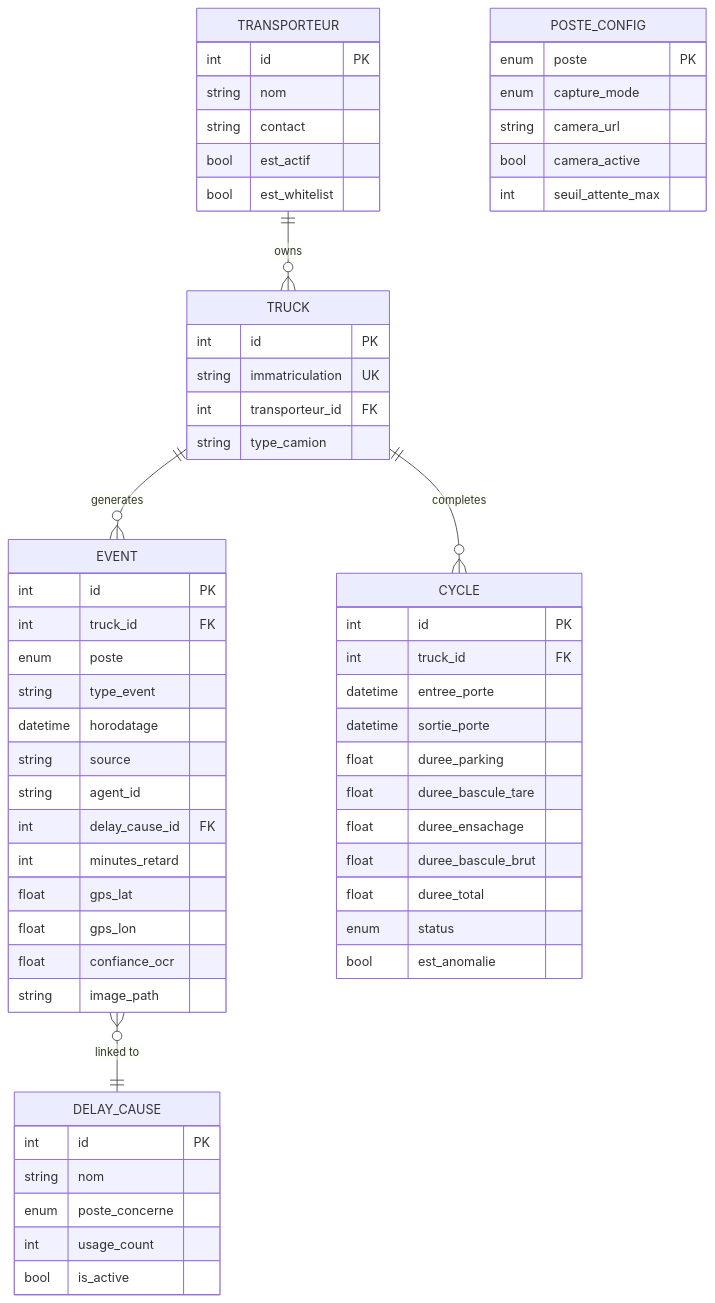
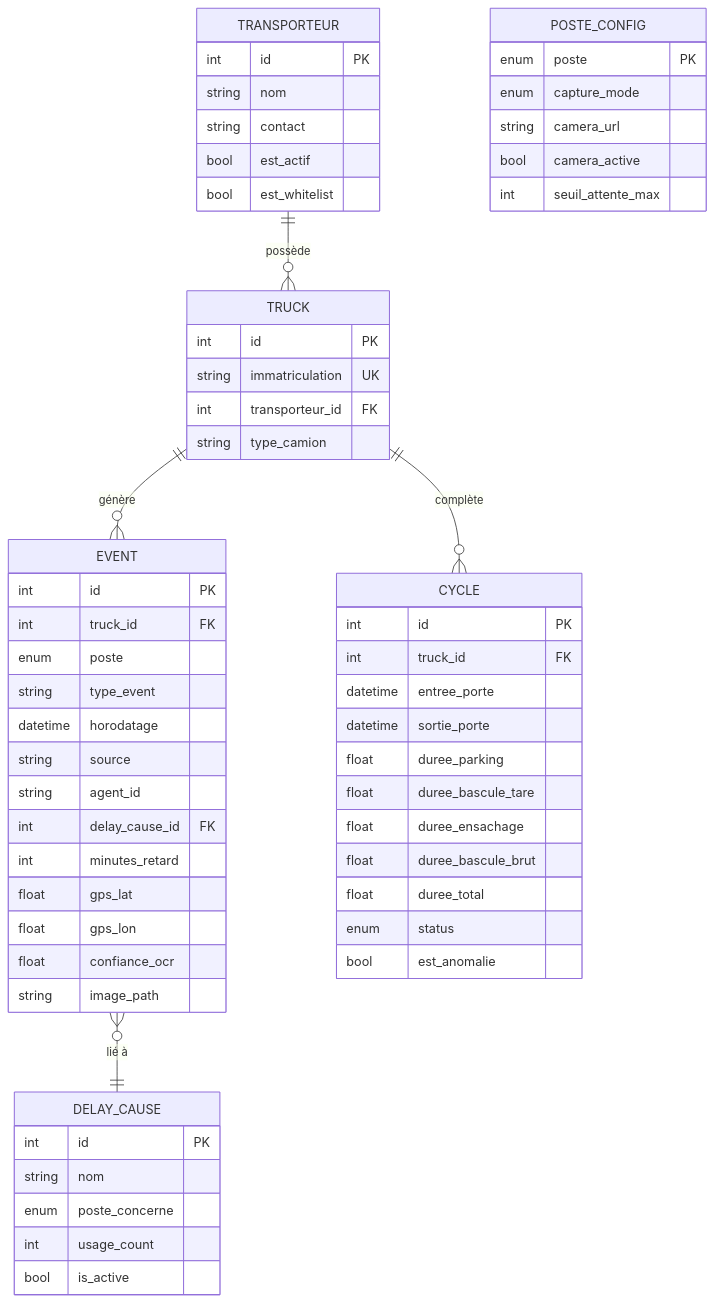
Before and after one commit to samya818/smart-plant-truck-tracker: the fourth of 4 diagrams in README.md, drawn with Mermaid. The commit also changed other lines of this file, not shown here.

````diff
--- a/README.md
+++ b/README.md
@@ -174,68 +281,68 @@
 ```mermaid
 erDiagram
     TRANSPORTEUR {
         int id PK
         string nom
         string contact
         bool est_actif
         bool est_whitelist
     }
 
     TRUCK {
         int id PK
         string immatriculation UK
         int transporteur_id FK
         string type_camion
     }
 
     EVENT {
         int id PK
         int truck_id FK
         enum poste
         string type_event
         datetime horodatage
         string source
         string agent_id
         int delay_cause_id FK
         int minutes_retard
         float gps_lat
         float gps_lon
         float confiance_ocr
         string image_path
     }
 
     CYCLE {
         int id PK
         int truck_id FK
         datetime entree_porte
         datetime sortie_porte
         float duree_parking
         float duree_bascule_tare
         float duree_ensachage
         float duree_bascule_brut
         float duree_total
         enum status
         bool est_anomalie
     }
 
     DELAY_CAUSE {
         int id PK
         string nom
         enum poste_concerne
         int usage_count
         bool is_active
     }
 
     POSTE_CONFIG {
         enum poste PK
         enum capture_mode
         string camera_url
         bool camera_active
         int seuil_attente_max
     }
 
-    TRANSPORTEUR ||--o{ TRUCK : "owns"
-    TRUCK ||--o{ EVENT : "generates"
-    TRUCK ||--o{ CYCLE : "completes"
-    EVENT }o--|| DELAY_CAUSE : "linked to"
+    TRANSPORTEUR ||--o{ TRUCK : "possède"
+    TRUCK ||--o{ EVENT : "génère"
+    TRUCK ||--o{ CYCLE : "complète"
+    EVENT }o--|| DELAY_CAUSE : "lié à"
 ```
````
